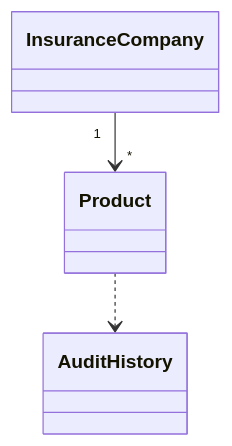
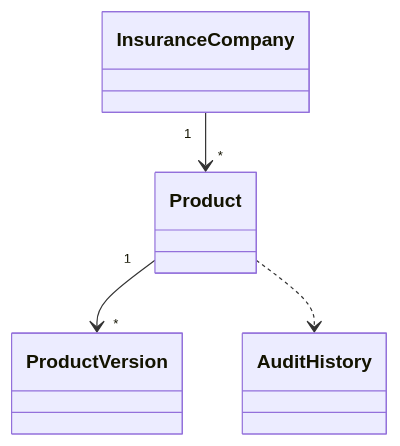
The first of 3 diagrams in apps/product/docs/TSD_PRODUCT_CATALOG/TSD_02_DOMAIN_MODEL.md (irsyadjpp/pulse-engine), drawn with Mermaid before and after one commit. The commit also changed other lines of this file and 46 other files, not shown here.

````diff
--- a/apps/product/docs/TSD_PRODUCT_CATALOG/TSD_02_DOMAIN_MODEL.md
+++ b/apps/product/docs/TSD_PRODUCT_CATALOG/TSD_02_DOMAIN_MODEL.md
@@ -73,13 +77,17 @@
 ```mermaid
 classDiagram
 
 class InsuranceCompany
 
 class Product
 
+class ProductVersion
+
 class AuditHistory
 
 InsuranceCompany "1" --> "*" Product
 
+Product "1" --> "*" ProductVersion
+
 Product ..> AuditHistory
 ```
````
